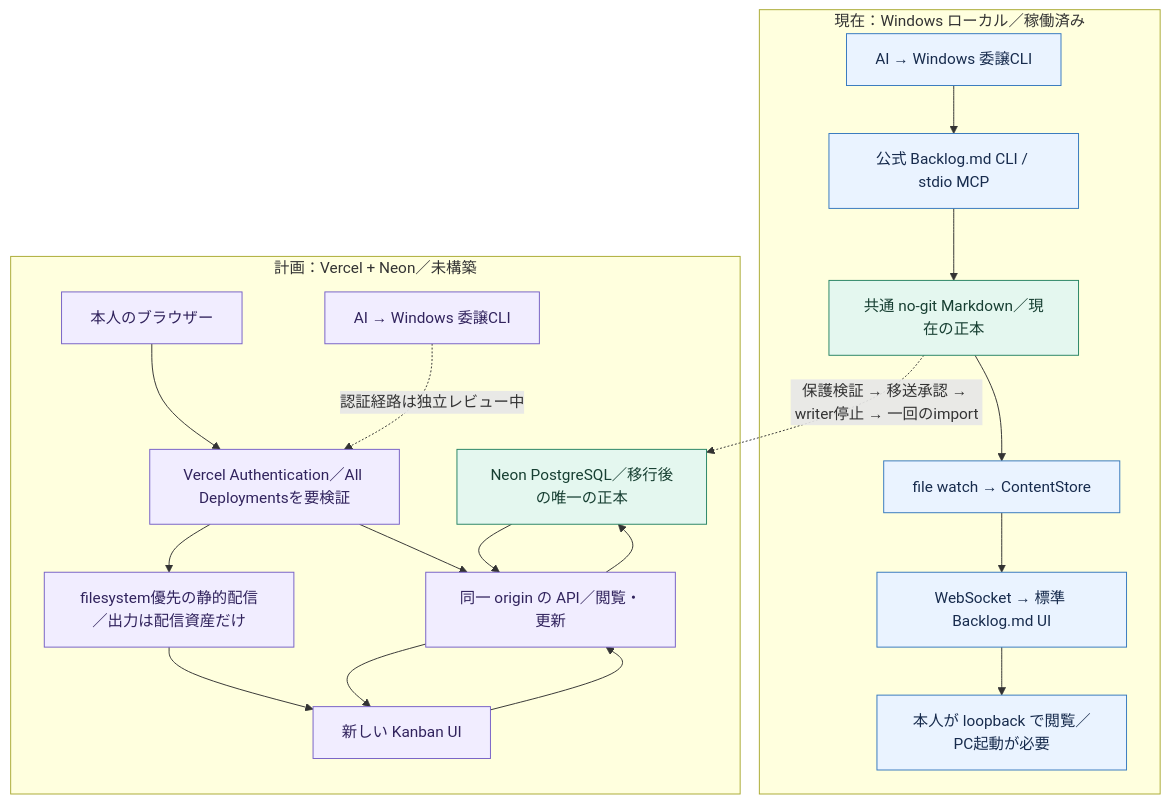
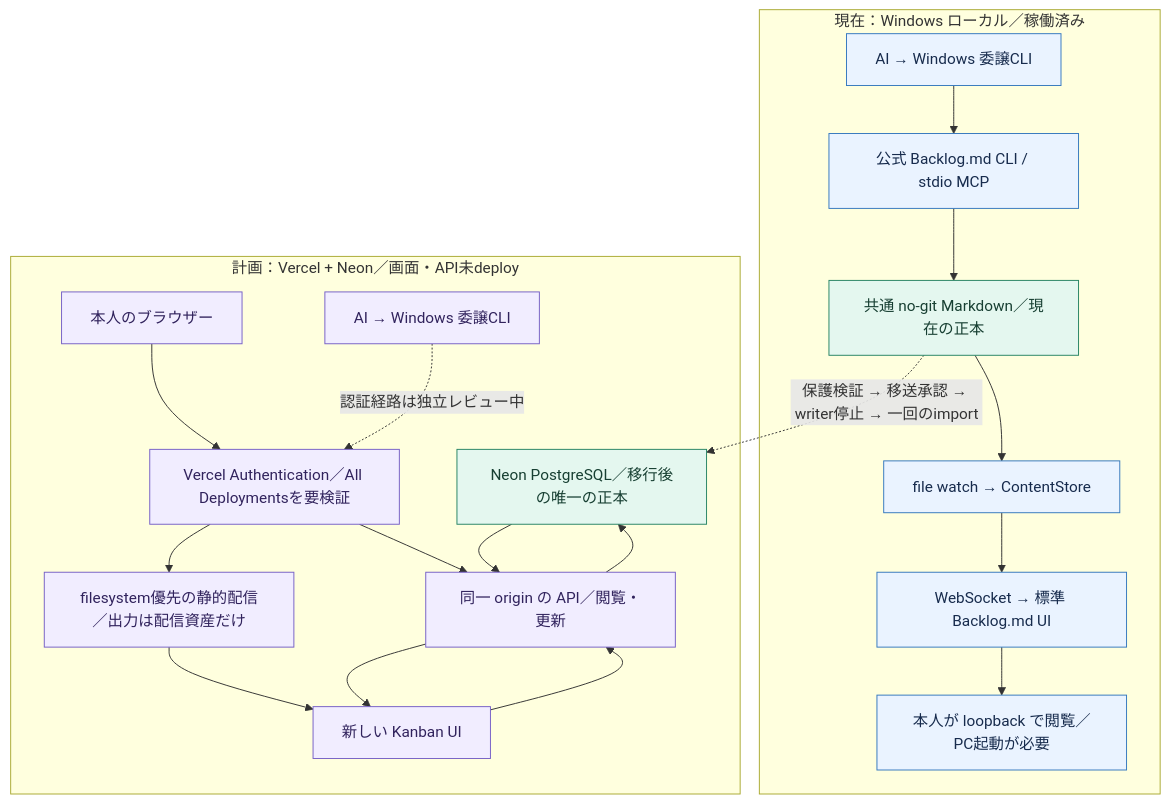
One commit to moruku36/ai-team-task-dashboard changed the diagram in docs/12-cloud-architecture.ja.md. Above: the diagram before and after it, drawn with Mermaid. The commit also changed other lines of this file and 5 other files, not shown here.

Commit message:
docs: align English and Japanese cloud design and diagrams

````diff
--- a/docs/12-cloud-architecture.ja.md
+++ b/docs/12-cloud-architecture.ja.md
@@ -31,28 +33,28 @@
 ```mermaid
 flowchart TB
   subgraph LOCAL["現在：Windows ローカル／稼働済み"]
     LAGENT["AI → Windows 委譲CLI"] --> LCLI["公式 Backlog.md CLI / stdio MCP"]
     LCLI --> FILES["共通 no-git Markdown／現在の正本"]
     FILES --> WATCH["file watch → ContentStore"]
     WATCH --> LUI["WebSocket → 標準 Backlog.md UI"]
     LUI --> LOCALUSER["本人が loopback で閲覧／PC起動が必要"]
   end
-  subgraph CLOUD["計画：Vercel + Neon／未構築"]
+  subgraph CLOUD["計画：Vercel + Neon／画面・API未deploy"]
     OWNER["本人のブラウザー"] --> GATE["Vercel Authentication／All Deploymentsを要検証"]
     GATE --> STATIC["filesystem優先の静的配信／出力は配信資産だけ"]
     STATIC --> UI["新しい Kanban UI"]
     GATE --> API
     UI --> API["同一 origin の API／閲覧・更新"]
     API --> DB["Neon PostgreSQL／移行後の唯一の正本"]
     DB --> API
     API --> UI
     AGENT["AI → Windows 委譲CLI"] -. "認証経路は独立レビュー中" .-> GATE
   end
   FILES -. "保護検証 → 移送承認 → writer停止 → 一回のimport" .-> DB
   classDef local fill:#eaf3ff,stroke:#3578be,color:#172b4d
   classDef cloud fill:#f1edff,stroke:#7660c6,color:#31235d
   classDef canonical fill:#e4f7ef,stroke:#278464,color:#173f32
   class LAGENT,LCLI,WATCH,LUI,LOCALUSER local
   class OWNER,GATE,STATIC,UI,API,AGENT cloud
   class FILES,DB canonical
 ```
````
